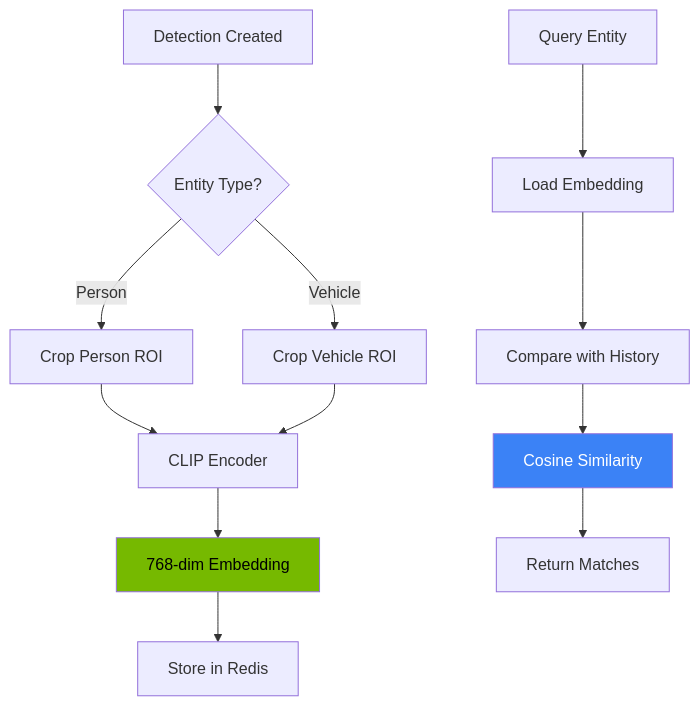
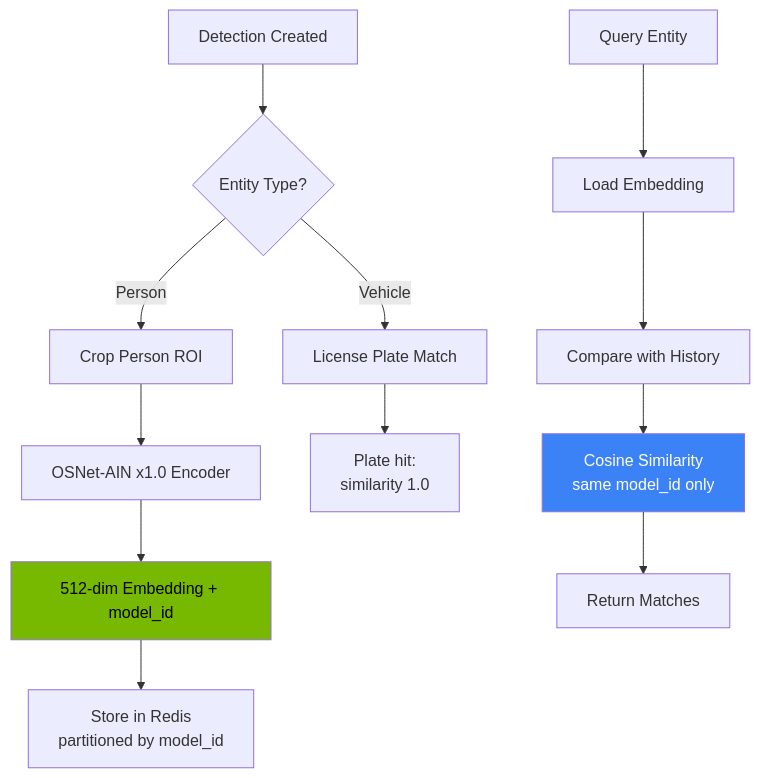
Before and after one commit to mikesvoboda/nemotron-v3-home-security-intelligence: the first of 3 diagrams in docs/developer/entity-tracking.md, drawn with Mermaid. The commit also changed other lines of this file and 65 other files, not shown here.

````diff
--- a/docs/developer/entity-tracking.md
+++ b/docs/developer/entity-tracking.md
@@ -16,20 +16,21 @@
 ```mermaid
 flowchart TD
     A[Detection Created] --> B{Entity Type?}
     B -->|Person| C[Crop Person ROI]
-    B -->|Vehicle| D[Crop Vehicle ROI]
+    B -->|Vehicle| D[License Plate Match]
 
-    C --> E[CLIP Encoder]
-    D --> E
+    C --> E[OSNet-AIN x1.0 Encoder]
 
-    E --> F[768-dim Embedding]
-    F --> G[Store in Redis]
+    E --> F[512-dim Embedding + model_id]
+    F --> G[Store in Redis<br>partitioned by model_id]
+
+    D --> M[Plate hit:<br>similarity 1.0]
 
     H[Query Entity] --> I[Load Embedding]
     I --> J[Compare with History]
-    J --> K[Cosine Similarity]
+    J --> K[Cosine Similarity<br>same model_id only]
     K --> L[Return Matches]
 
     style F fill:#76B900,color:#000
     style K fill:#3B82F6,color:#fff
 ```
````
